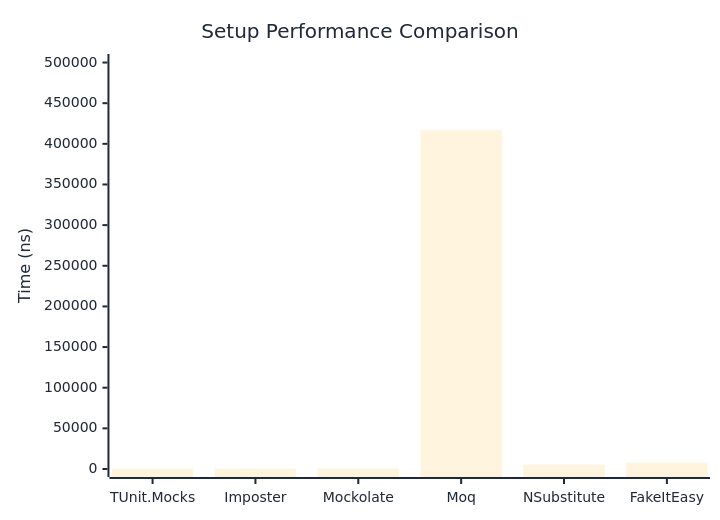
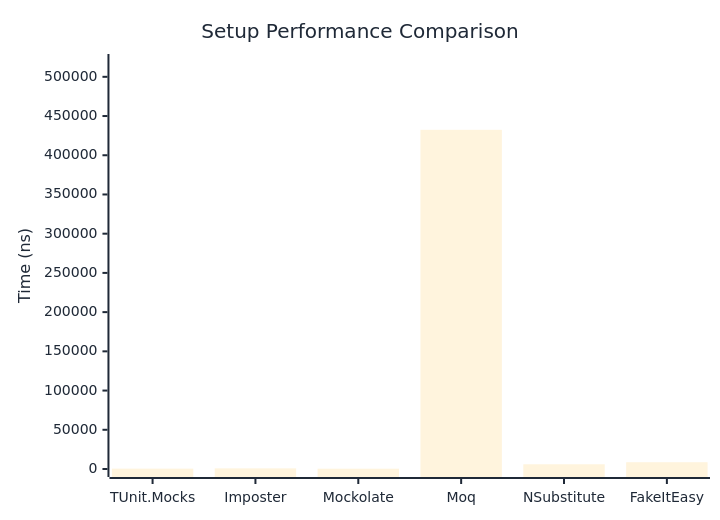
Before and after one commit to weiyilai/TUnit: the first of 2 diagrams in docs/docs/benchmarks/mocks/Setup.md, drawn with Mermaid. The commit also changed other lines of this file and 14 other files, not shown here.

````diff
--- a/docs/docs/benchmarks/mocks/Setup.md
+++ b/docs/docs/benchmarks/mocks/Setup.md
@@ -28,27 +28,27 @@
 ```mermaid
 %%{init: {
   'theme':'base',
   'themeVariables': {
     'primaryColor': '#2563eb',
     'primaryTextColor': '#1f2937',
     'primaryBorderColor': '#1e40af',
     'lineColor': '#6b7280',
     'secondaryColor': '#7c3aed',
     'tertiaryColor': '#dc2626',
     'background': '#ffffff',
     'pie1': '#2563eb',
     'pie2': '#7c3aed',
     'pie3': '#dc2626',
     'pie4': '#f59e0b',
     'pie5': '#10b981',
     'pie6': '#06b6d4',
     'pie7': '#ec4899',
     'pie8': '#6366f1'
   }
 }}%%
 xychart-beta
   title "Setup Performance Comparison"
   x-axis ["TUnit.Mocks", "Imposter", "Mockolate", "Moq", "NSubstitute", "FakeItEasy"]
-  y-axis "Time (ns)" 0 --> 500663
-  bar [413, 749.5, 578.9, 417219, 5473.3, 7966.6]
+  y-axis "Time (ns)" 0 --> 518886
+  bar [438.7, 822.1, 367.8, 432404.8, 6012, 8634.9]
 ```
````
